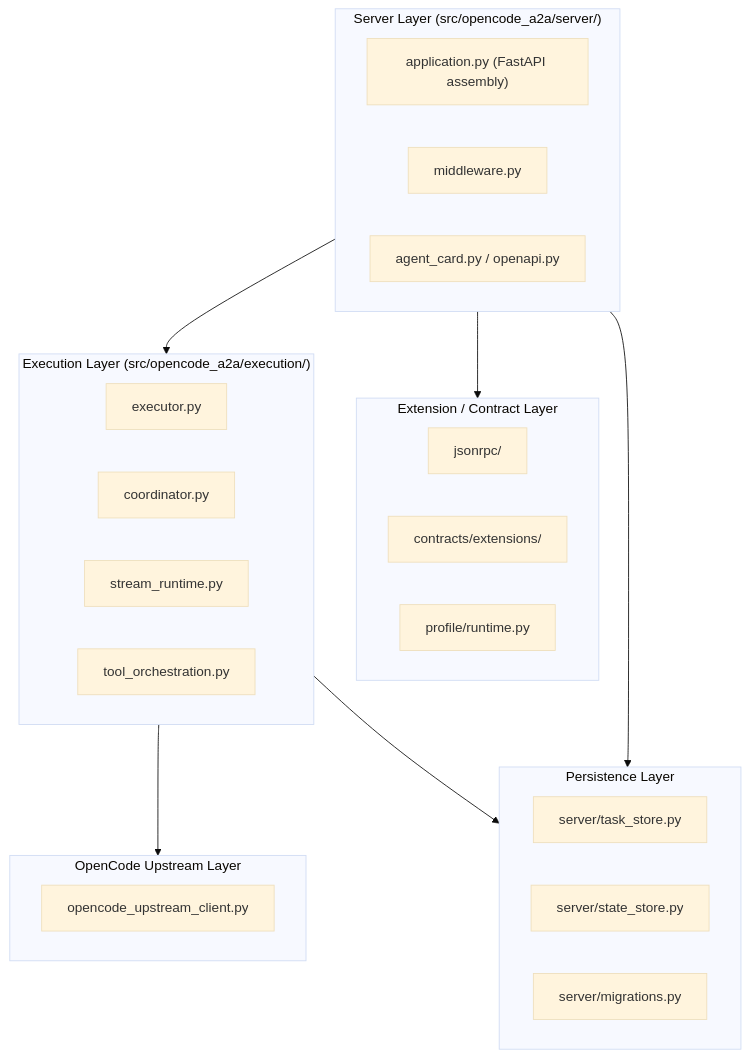
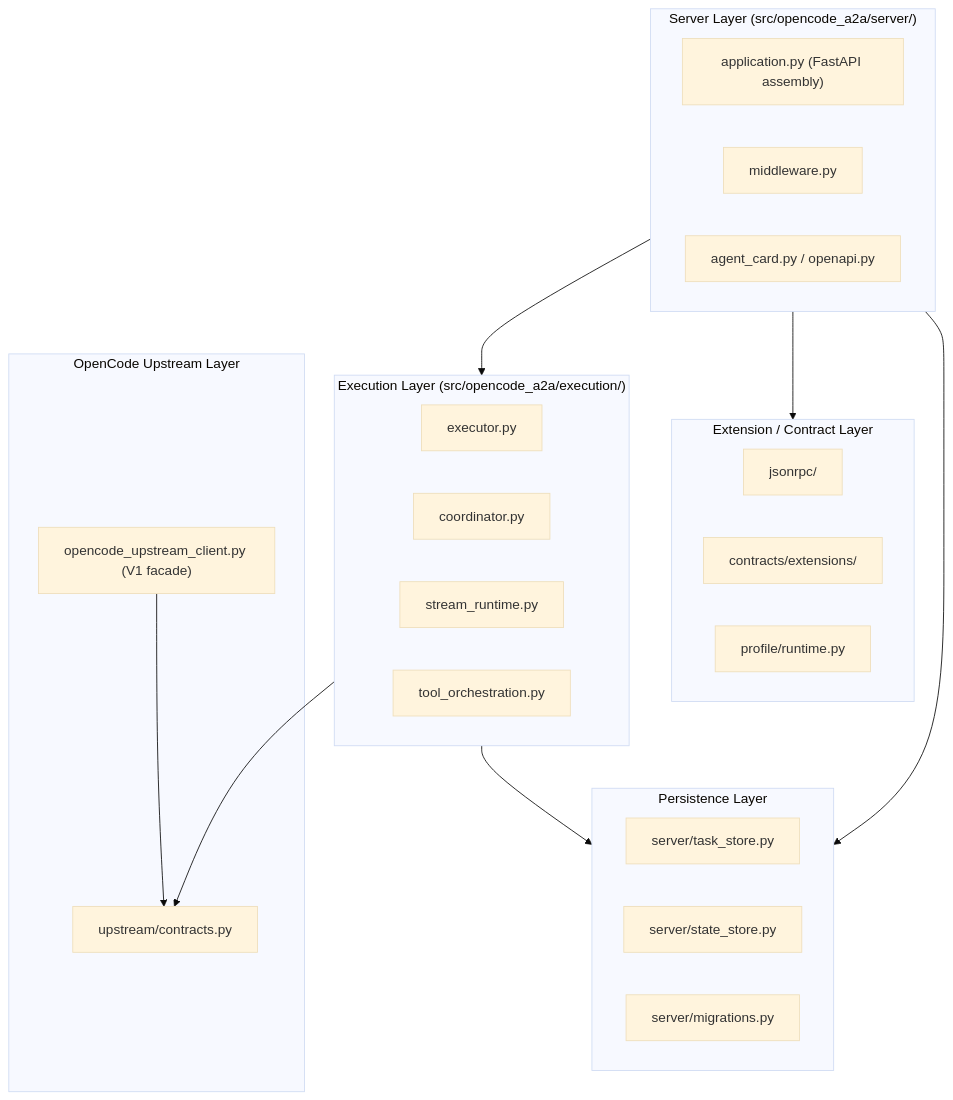
One commit to Intelligent-Internet/opencode-a2a changed the diagram in docs/maintainer-architecture.md. Above: the diagram before and after it, drawn with Mermaid (base theme). The commit also changed other lines of this file and 8 other files, not shown here.

````diff
--- a/docs/maintainer-architecture.md
+++ b/docs/maintainer-architecture.md
@@ -7,37 +7,39 @@
 ```mermaid
 flowchart TD
     subgraph Inbound["Server Layer (src/opencode_a2a/server/)"]
         App["application.py (FastAPI assembly)"]
         Middleware["middleware.py"]
         AgentCard["agent_card.py / openapi.py"]
     end
 
     subgraph Execution["Execution Layer (src/opencode_a2a/execution/)"]
         Executor["executor.py"]
         Coordinator["coordinator.py"]
         StreamRuntime["stream_runtime.py"]
         ToolOrch["tool_orchestration.py"]
     end
 
     subgraph Upstream["OpenCode Upstream Layer"]
-        UpstreamClient["opencode_upstream_client.py"]
+        UpstreamClient["opencode_upstream_client.py (V1 facade)"]
+        UpstreamContracts["upstream/contracts.py"]
     end
 
     subgraph Extensions["Extension / Contract Layer"]
         Jsonrpc["jsonrpc/"]
         Contracts["contracts/extensions/"]
         Profile["profile/runtime.py"]
     end
 
     subgraph Persistence["Persistence Layer"]
         TaskStore["server/task_store.py"]
         StateStore["server/state_store.py"]
         Migrations["server/migrations.py"]
     end
 
     Inbound --> Execution
     Inbound --> Extensions
-    Execution --> Upstream
+    Execution --> UpstreamContracts
+    UpstreamClient --> UpstreamContracts
     Inbound --> Persistence
     Execution --> Persistence
 ```
````
